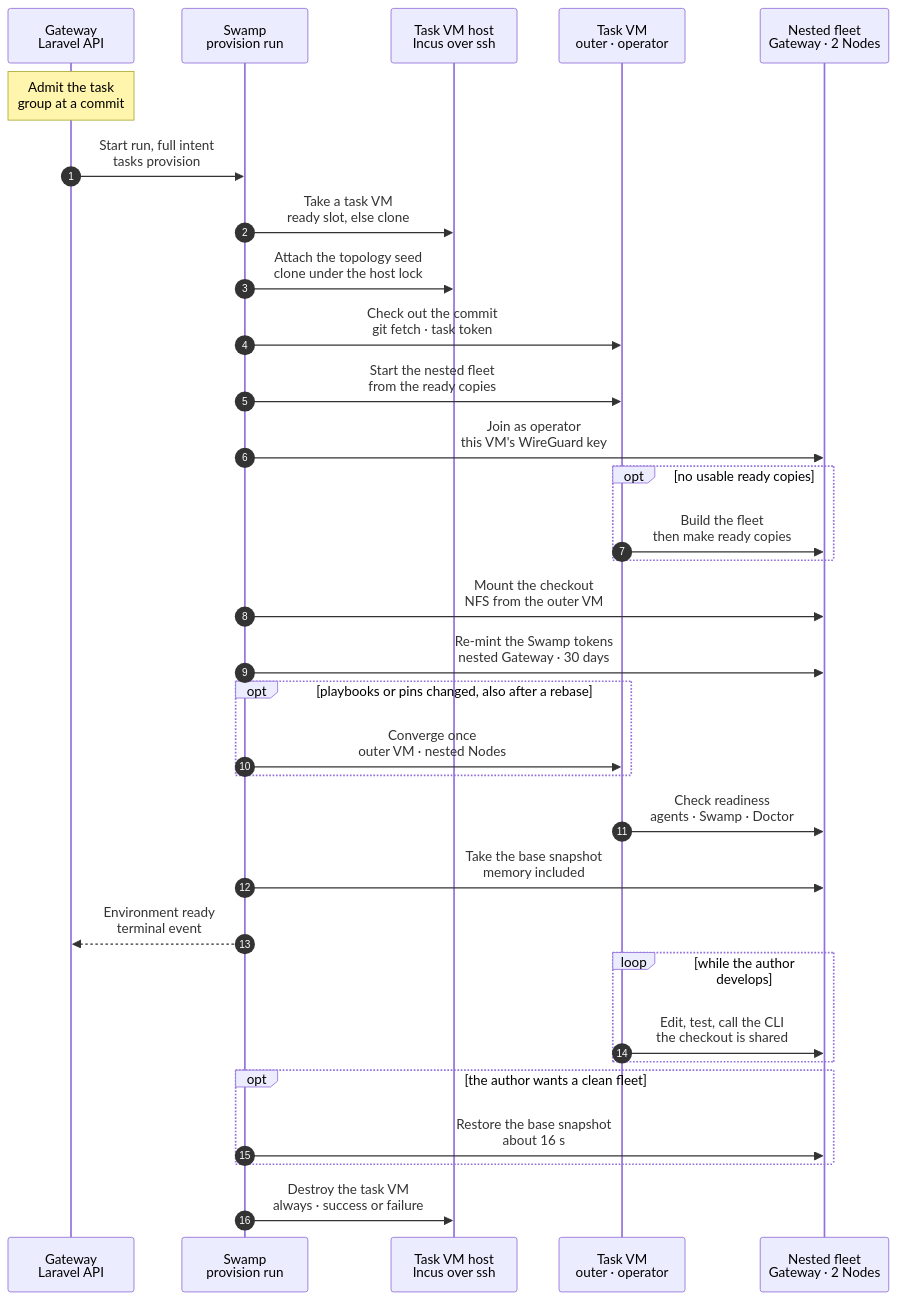
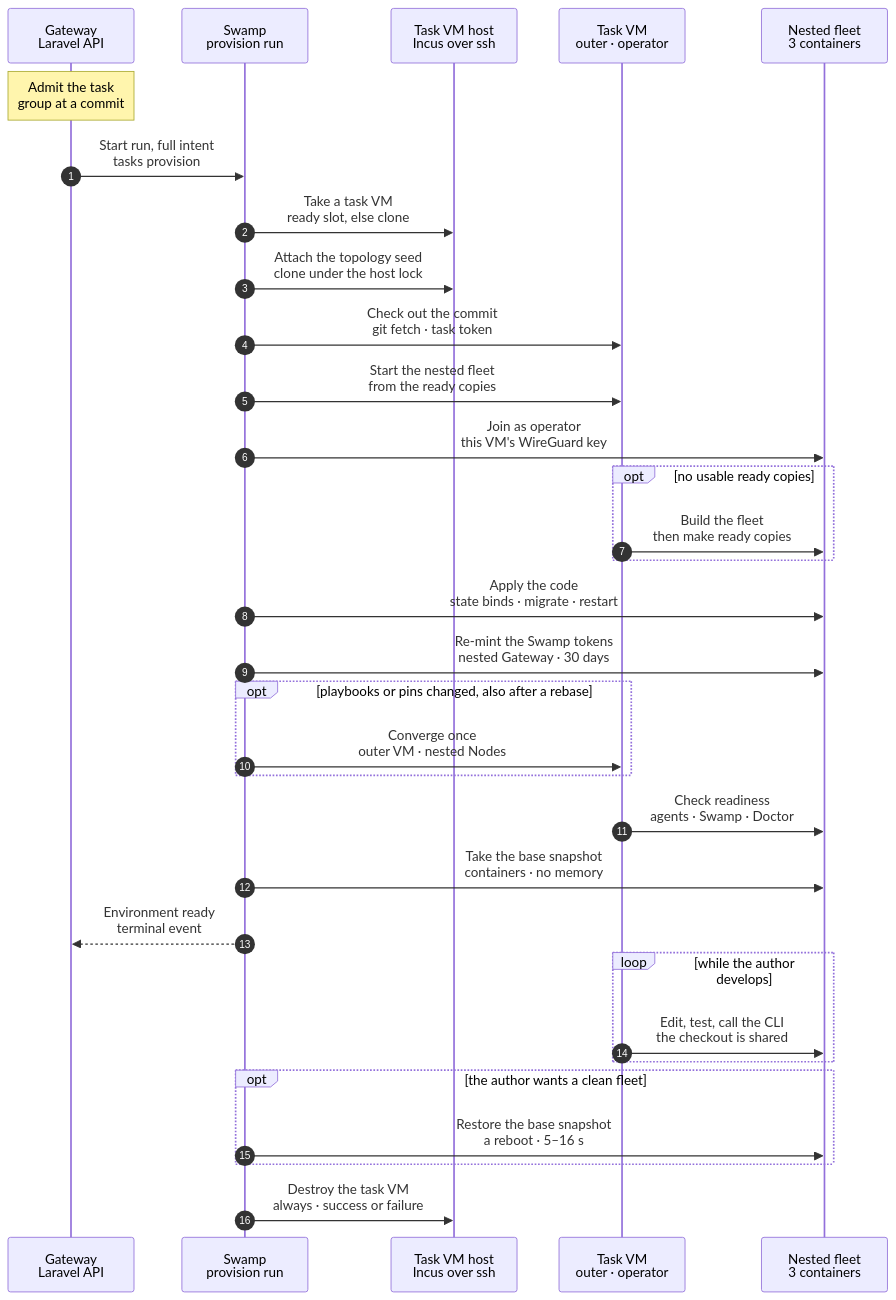
The diagram in docs/reference/pipeline/2-development-environment.mmd (hardimpactdev/orbit), drawn with Mermaid before and after one commit. The commit also changed 4 other files, not shown here.

Commit message:
Charts: the nested fleet becomes Incus system containers

```diff
--- a/docs/reference/pipeline/2-development-environment.mmd
+++ b/docs/reference/pipeline/2-development-environment.mmd
@@ -1,5 +1,5 @@
 sequenceDiagram
-  %% Target design: stage 2 of the command development pipeline. A task VM, where an agent or Nick develops a command and the proof cases run too, holds a nested fleet (a Gateway with Swamp, an app-dev Node, an app-prod Node) that resets from the ready copies in the host's topology seed. The nested VMs mount the outer VM's checkout over NFS, so an edit reaches them at once with no sync, and memory snapshots still work (decided 2026-11-05). Uses the simple slot pool (task-vm.slots) as the target way to get the VM.
+  %% Target design: stage 2 of the command development pipeline. A task VM, where an agent or Nick develops a command and the proof cases run too, holds a nested fleet (a Gateway with Swamp, an app-dev Node, an app-prod Node) that resets from the ready copies in the host's topology seed. The nested Nodes are Incus system containers with the outer VM's checkout as a disk device, so an edit reaches them at once with no sync; `base` is a container snapshot without memory (decided 2026-11-06). Uses the simple slot pool (task-vm.slots) as the target way to get the VM.
   %% status: draft
   %% command: development pipeline stage 2 · development environment
   %% kind: pipeline.2-development-environment
@@ -13,7 +13,7 @@
   participant SW as Swamp<br/>provision run
   participant H as Task VM host<br/>Incus over ssh
   participant VM as Task VM<br/>outer · operator
-  participant NT as Nested fleet<br/>Gateway · 2 Nodes
+  participant NT as Nested fleet<br/>3 containers
   Note over GW: Admit the task<br/>group at a commit
   %%> Requirements:
   %%> - an external task group in `todo` and a free task VM host
@@ -45,7 +45,11 @@
   SW->>VM: Start the nested fleet<br/>from the ready copies
   %%> What it does:
   %%> - creates the nested network from the subnet stored with the ready copies
-  %%> - per Node: copies the ready copy, adds its NIC with the stored MAC and address, starts all three
+  %%> - per Node: copies the ready copy, adds its NIC with the stored MAC and address, attaches the outer VM's checkout as an Incus disk device (Gateway and app-dev), starts all three
+  %%> Decided by the orchestrator, for Nick's review (2026-11-06), container inner topology:
+  %%> - the nested Nodes are Incus system containers, not VMs (chart `vm-fleet-build.mmd`); the outer task VM stays a VM
+  %%> - no memory snapshot of the outer VM (Nick, option 3): a cold start of the outer VM plus the containers was as fast as its memory restore (beast 35 s, shark 27 s against 34 s), and a memory snapshot would need retaking per host and per release
+  %%> - measured on shark (rvm-2): copies to a healthy fleet 8–11 s
   %%> - each ready copy is self-contained: its own `.env`, storage, `bootstrap/cache` and database on its own disk (stage 6 saves them so); the code comes from the outer VM's checkout
   %%> - needs no earlier fleet in this VM and no state from the outer VM; the task owns the network and the three VMs
   %%> - then pushes the proof Swamp Club key into the nested Gateway, as today
@@ -55,8 +59,10 @@
   %%> - about 75 seconds to a checked fleet, of which the boot is about 50
   SW->>NT: Join as operator<br/>this VM's WireGuard key
   %%> What it does:
-  %%> - the outer VM makes its own WireGuard key; its public key goes into the nested Gateway's operator Node record with `incus exec` (the outer VM is the Incus host of the nested VMs, so this needs no network yet)
+  %%> - the outer VM makes its own WireGuard key; its public key goes into the nested Gateway's operator Node record with `incus exec` (the outer VM is the Incus host of the nested containers, so this needs no network yet)
   %%> - the nested Gateway puts the key on its hub; the outer VM brings up WireGuard as the operator `10.45.0.10`
+  %%> Decided by the orchestrator, for Nick's review (2026-11-06), container inner topology:
+  %%> - the hub gets the operator peer through its peer file, which the nested Gateway renders, not through a runtime `wg set`: a restore of `base` reboots the containers, and a peer that lived only in memory was gone after it
   %%> - the private key never leaves this task VM; each task VM has its own
   %%> Proposed 2026-11-05:
   %%> - the ready copies hold the operator Node record without a key (stage 6), so the key of the VM that made them never works anywhere else
@@ -69,19 +75,14 @@
     %%> Time:
     %%> - about 230 seconds; the build ends by making the ready copies for the next reset
   end
-  SW->>NT: Mount the checkout<br/>NFS from the outer VM
+  SW->>NT: Apply the code<br/>state binds · migrate · restart
   %%> What it does:
-  %%> - the outer VM exports its checkout over NFS to the nested network only; the nested Gateway and app-dev mount it as their checkout
-  %%> - `.env`, `storage` and `bootstrap/cache` stay on each VM's own disk, mounted over the shared checkout
-  %%> - then the re-mint below and the apply step: migrations and a restart of the long-running services (queue worker, scheduler, agent-view subscriber), so they run the checked-out code
-  %%> - stock NFS and systemd mount units, set up by the image and Node playbooks; no sync program
+  %%> - starts the bind-mount units that put `.env`, `storage` and `bootstrap/cache` (each guest's own disk) over the shared checkout
+  %%> - then the re-mint below, migrations and a restart of the long-running services (queue worker, scheduler, agent-view subscriber), so they run the checked-out code
+  %%> Decided by the orchestrator, for Nick's review (2026-11-06), container inner topology:
+  %%> - the checkout is the disk device of the fleet start; there is no NFS export, NFS mount or mount ordering step any more
   %%> Why:
-  %%> - an edit on the outer VM is in the nested VMs at once; nothing can run against old code
-  %%> - Incus turns a shared folder into 9p when memory snapshots are on, and QEMU cannot snapshot a VM with 9p mounted; NFS is network traffic, so snapshots work
-  %%> Measured on tvm-554, 2026-11-05:
-  %%> - memory snapshot with NFS mounted: create 21 s, restore 10 s; an edit after the restore is visible at once
-  %%> - `artisan --version` 0.39 s against 0.23 s local; Gateway unit tests 3.9 s against 2.8 s; HTTP requests the same
-  %%> - installs and tests run on the outer VM against its local disk, so the slower NFS writes (a full `composer install` 17 s against 9 s) do not apply
+  %%> - an edit on the outer VM is in the nested Nodes at once, at local disk speed; nothing can run against old code
   SW->>NT: Re-mint the Swamp tokens<br/>nested Gateway · 30 days
   %%> Decided by the orchestrator, for Nick's review (2026-11-06):
   %%> What it does:
@@ -89,6 +90,8 @@
   %%> - the Swamp CLI renews the tokens by the names and into the files the build used: `access token rotate` for the serve driver, the two workers and the Gateway's run and read tokens, a new enrollment token for each worker; each lasts 30 days
   %%> - a worker gets a new enrollment token under a new name; the old one was used once and expires with the task VM, so nothing revokes it
   %%> - stops serve and both workers while the tokens change, then starts them; the apply step that follows restarts the Gateway's own services, which read the new tokens
+  %%> - the worker units read the token files directly (group orbit, 0640), not through `LoadCredential=`, which does nothing in a container (chart `vm-fleet-build.mmd`)
+  %%> - measured on shark: ok=15 failed=0, about 20 s
   %%> Why:
   %%> - the tokens of the ready copies are as old as the copies, so a fleet started from them would otherwise run a Swamp whose tokens expired; this step makes the age of the copies irrelevant, and the seed refresh needs no step for it
   %%> - the same fleet start does it every time, from the same mounted code the apply uses; it needs no key from the real Gateway, because these tokens belong to the nested Orbit
@@ -100,7 +103,7 @@
     SW->>VM: Converge once<br/>outer VM · nested Nodes
     %%> What it does:
     %%> - image playbooks on the outer VM; role playbooks and pins on the nested Nodes, through the nested Orbit's `node:converge`
-    %%> - the nested Orbit reads the playbooks from the mounted checkout
+    %%> - the nested Orbit reads the playbooks from the checkout disk device
     %%> - after a rebase onto main, a running task picks up the tools main added since its start
     %%> Why:
     %%> - a tool update lives in code; this puts it in place once, and the snapshot taken next keeps it
@@ -111,26 +114,27 @@
   %%> - every Node agent online, the Swamp worker enrolled, the Gateway knows the operator, Doctor has no finding
   %%> Decided by the orchestrator, for Nick's review (2026-11-06):
   %%> - readiness first waits, bounded, until Doctor of the nested Gateway is healthy (one Ansible task with `until` and `retries`, the fleet build's wait playbook); the apply step restarts the agent-view subscriber, and the agents read online only after their next heartbeats, so a single read 3 s later failed (provision 11937)
-  SW->>NT: Take the base snapshot<br/>memory included
+  SW->>NT: Take the base snapshot<br/>containers · no memory
   %%> What it does:
-  %%> - one Incus stateful snapshot `base` of the three nested VMs (`migration.stateful`, `size.state` = memory)
+  %%> - one Incus snapshot `base` of each of the three containers, in parallel
   %%> - every proof batch starts from it (stage 3)
-  %%> - holds the proof Swamp Club key, pushed in after the restore of the ready copies, and the Swamp tokens renewed by this provision (30 days); accepted because `base` belongs to this task VM only and is destroyed with it; ready copies stay key-free
-  %%> Why:
-  %%> - possible because the checkout is an NFS mount, not an Incus shared folder
+  %%> - holds the proof Swamp Club key, pushed in after the start from the ready copies, and the Swamp tokens renewed by this provision (30 days); accepted because `base` belongs to this task VM only and is destroyed with it; ready copies stay key-free
+  %%> Decided by the orchestrator, for Nick's review (2026-11-06), container inner topology:
+  %%> - no memory state: a restore of `base` is a reboot of the containers, so the services start fresh, the clocks are the outer VM's, and nothing waits on an old network session
+  %%> - measured: snapshot 0.3 s against 30–41 s for the stateful VM snapshot
   SW-->>GW: Environment ready<br/>terminal event
   %%> Result:
   %%> - the Gateway marks the group running and records the VM; the proof (stage 3) or the proof CI (stage 4) uses the fleet
   loop while the author develops
     VM->>NT: Edit, test, call the CLI<br/>the checkout is shared
     %%> What it does:
-    %%> - the author edits and runs tests on the outer VM; PHP in the nested VMs sees the change on the next request
+    %%> - the author edits and runs tests on the outer VM; PHP in the nested containers sees the change on the next request
     %%> - the candidate CLI on the outer VM talks to the nested Gateway as the operator
     %%> - after a new migration or a change to a long-running service, the author runs the apply step again
     %%> - when the change holds playbooks or pins, or after a rebase onto main, the converge step above runs once
   end
   opt the author wants a clean fleet
-    SW->>NT: Restore the base snapshot<br/>about 16 s
+    SW->>NT: Restore the base snapshot<br/>a reboot · 5–16 s
     %%> What it keeps:
     %%> - the outer VM, Pi and the checkout; the apply step follows, so the restored fleet runs the current code
   end
```
